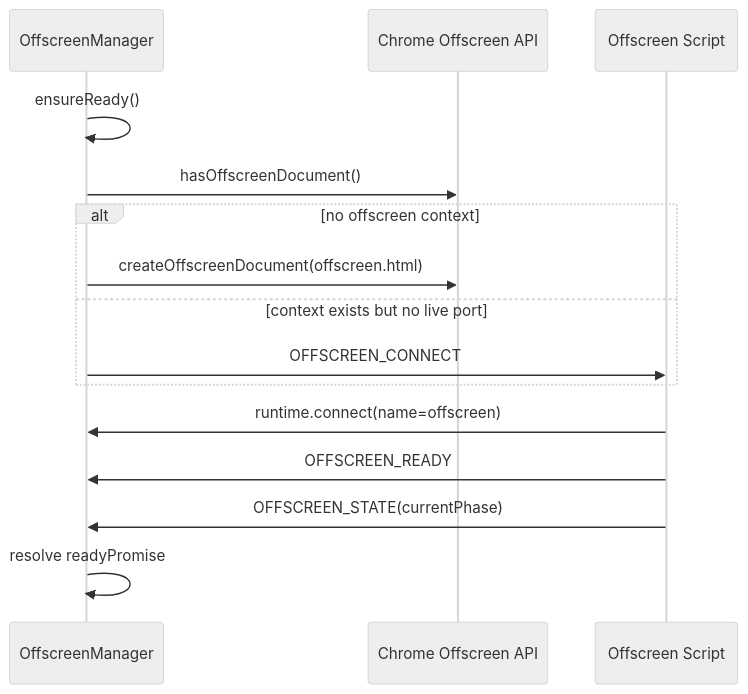
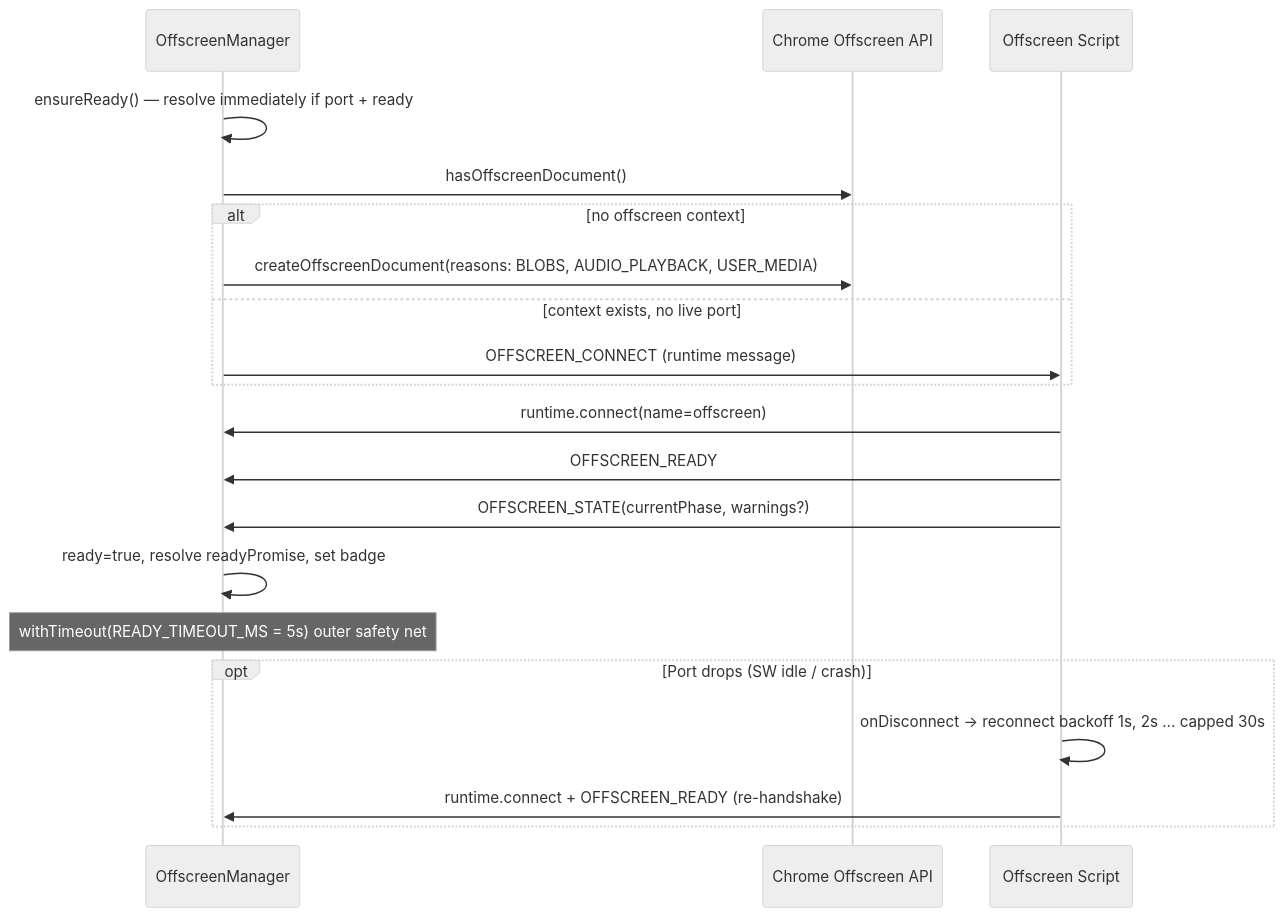
One commit to kstroevsky/chrome-meeting-recording-extension changed the sixth of 17 diagrams in README.md. Above: the diagram before and after it, drawn with Mermaid (neutral theme). The commit also changed other lines of this file, not shown here.

Commit message:
Docs: Update mermaid diagrams

````diff
--- a/README.md
+++ b/README.md
@@ -1091,20 +1256,25 @@
 ```mermaid
 sequenceDiagram
     participant B as OffscreenManager
     participant API as Chrome Offscreen API
     participant O as Offscreen Script
 
-    B->>B: ensureReady()
+    B->>B: ensureReady() — resolve immediately if port + ready
     B->>API: hasOffscreenDocument()
-
     alt no offscreen context
-        B->>API: createOffscreenDocument(offscreen.html)
-    else context exists but no live port
-        B->>O: OFFSCREEN_CONNECT
+        B->>API: createOffscreenDocument(reasons: BLOBS, AUDIO_PLAYBACK, USER_MEDIA)
+    else context exists, no live port
+        B->>O: OFFSCREEN_CONNECT (runtime message)
     end
 
     O->>B: runtime.connect(name=offscreen)
     O->>B: OFFSCREEN_READY
-    O->>B: OFFSCREEN_STATE(currentPhase)
-    B->>B: resolve readyPromise
+    O->>B: OFFSCREEN_STATE(currentPhase, warnings?)
+    B->>B: ready=true, resolve readyPromise, set badge
+    Note over B: withTimeout(READY_TIMEOUT_MS = 5s) outer safety net
+
+    opt Port drops (SW idle / crash)
+        O->>O: onDisconnect → reconnect backoff 1s, 2s ... capped 30s
+        O->>B: runtime.connect + OFFSCREEN_READY (re-handshake)
+    end
 ```
````
